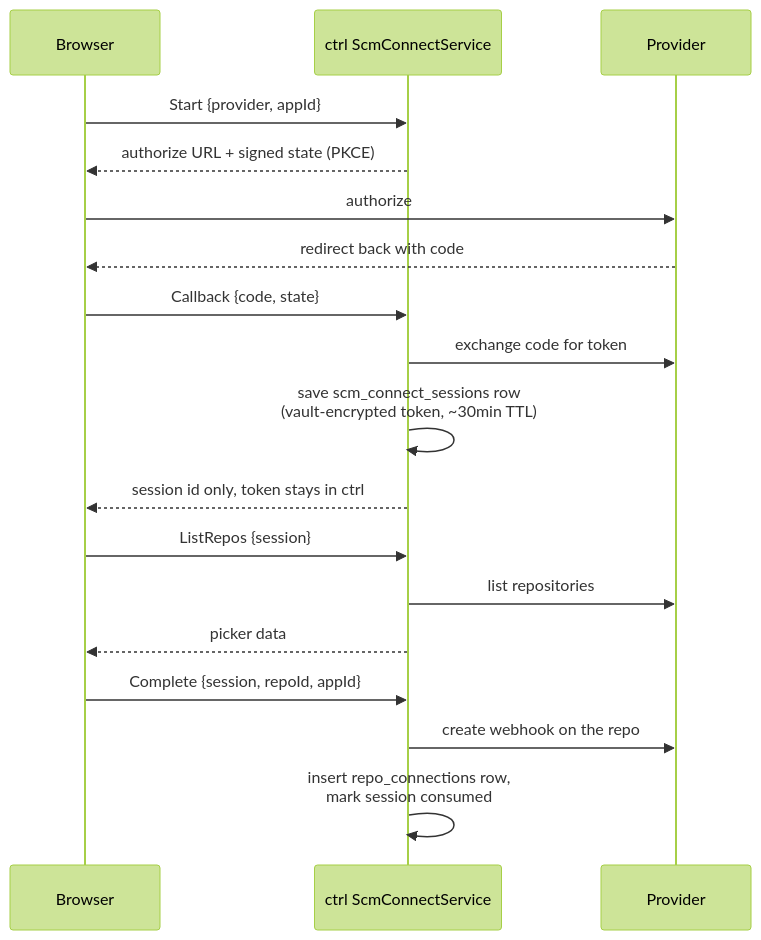
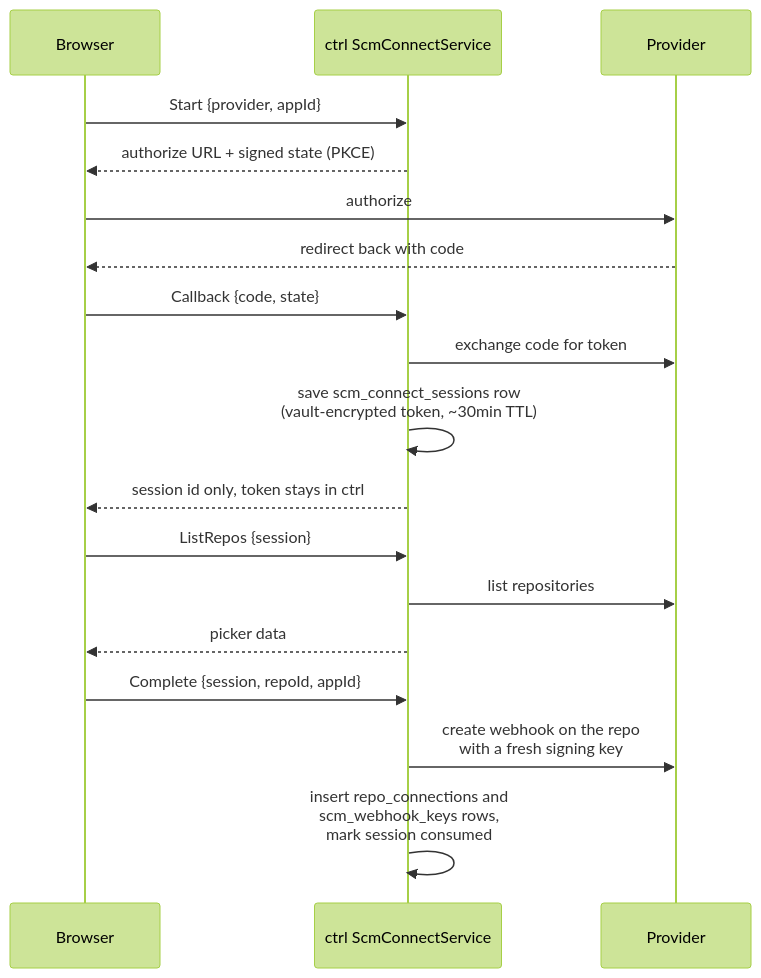
One commit to unkeyed/unkey changed the second of 4 diagrams in docs/engineering/architecture/rfcs/0017-scm-provider-abstraction.mdx. Above: the diagram before and after it, drawn with Mermaid (forest theme). The commit also changed other lines of this file, not shown here.

````diff
--- a/docs/engineering/architecture/rfcs/0017-scm-provider-abstraction.mdx
+++ b/docs/engineering/architecture/rfcs/0017-scm-provider-abstraction.mdx
@@ -396,21 +406,21 @@
 ```mermaid
 sequenceDiagram
     participant B as Browser
     participant C as ctrl ScmConnectService
     participant P as Provider
 
     B->>C: Start {provider, appId}
     C-->>B: authorize URL + signed state (PKCE)
     B->>P: authorize
     P-->>B: redirect back with code
     B->>C: Callback {code, state}
     C->>P: exchange code for token
     C->>C: save scm_connect_sessions row<br/>(vault-encrypted token, ~30min TTL)
     C-->>B: session id only, token stays in ctrl
     B->>C: ListRepos {session}
     C->>P: list repositories
     C-->>B: picker data
     B->>C: Complete {session, repoId, appId}
-    C->>P: create webhook on the repo
-    C->>C: insert repo_connections row,<br/>mark session consumed
+    C->>P: create webhook on the repo<br/>with a fresh signing key
+    C->>C: insert repo_connections and<br/>scm_webhook_keys rows,<br/>mark session consumed
 ```
````
